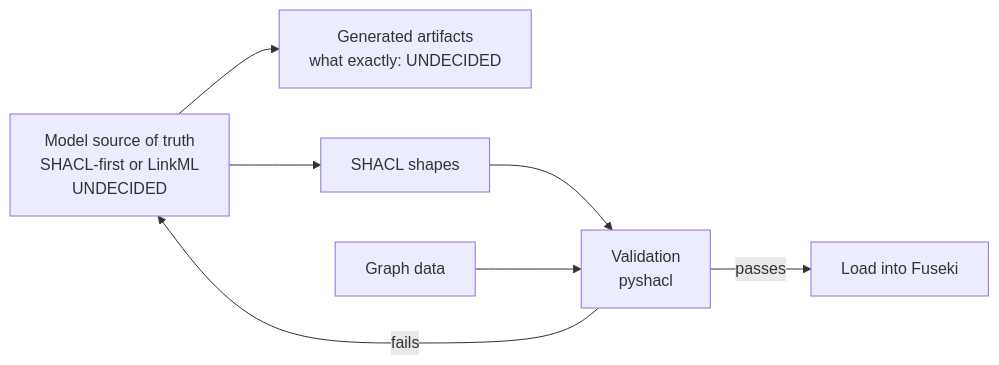
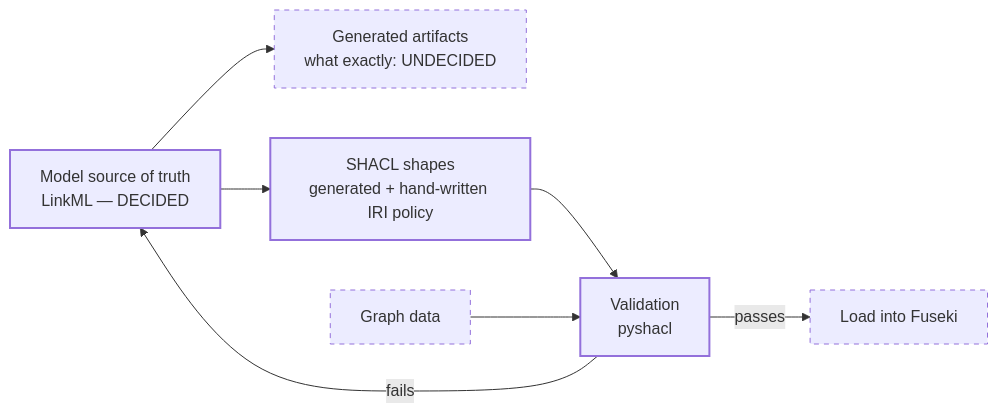
One commit to OpenEnergyPlatform/oekg changed the diagram in docs/tech-stack.md. Above: the diagram before and after it, drawn with Mermaid. The commit also changed other lines of this file and 3 other files, not shown here.

````diff
--- a/docs/tech-stack.md
+++ b/docs/tech-stack.md
@@ -168,16 +196,21 @@
 ```mermaid
 flowchart LR
-    SRC["Model source of truth<br/>SHACL-first or LinkML<br/>UNDECIDED"]
+    SRC["Model source of truth<br/>LinkML — DECIDED"]
     GEN["Generated artifacts<br/>what exactly: UNDECIDED"]
-    SHAPES["SHACL shapes"]
+    SHAPES["SHACL shapes<br/>generated + hand-written IRI policy"]
     DATA["Graph data"]
     VAL["Validation<br/>pyshacl"]
     LOAD["Load into Fuseki"]
 
     SRC --> GEN
     SRC --> SHAPES
     SHAPES --> VAL
     DATA --> VAL
     VAL -- passes --> LOAD
     VAL -- fails --> SRC
+
+    classDef built stroke-width:2px
+    classDef todo stroke-dasharray: 5 5
+    class SRC,SHAPES,VAL built
+    class GEN,DATA,LOAD todo
 ```
````
